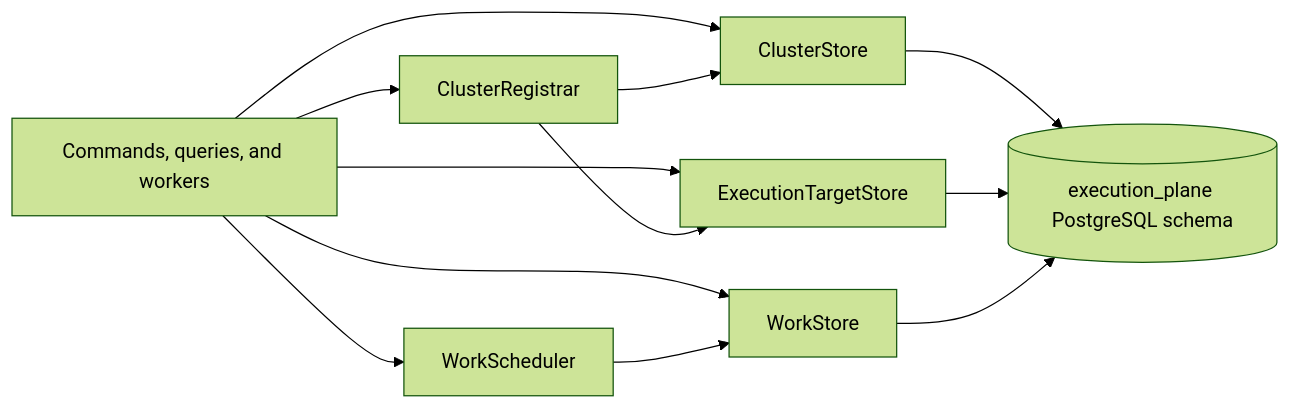
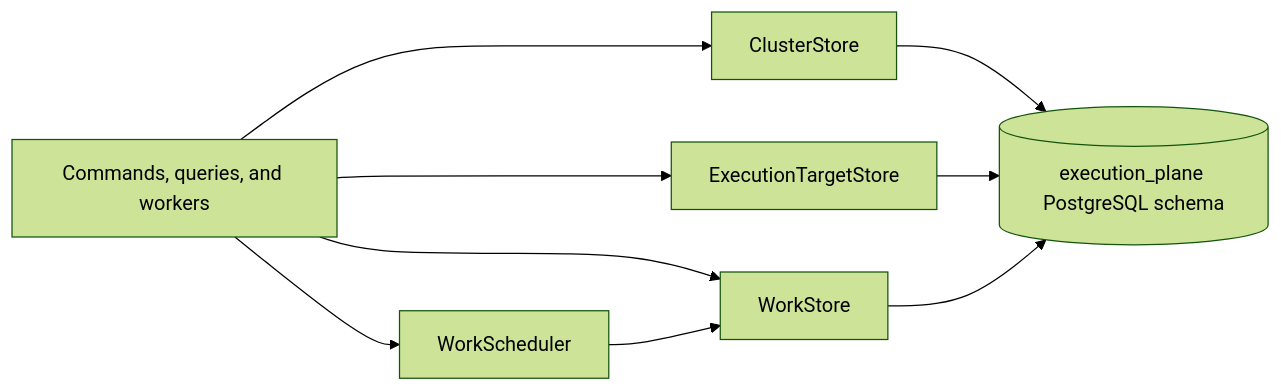
The fourth of 4 diagrams in docs/cluster-and-target-services.md (syntara-orchestration/syntara-execution-plane), drawn with Mermaid (forest theme) before and after one commit. The commit also changed other lines of this file and 31 other files, not shown here.

````diff
--- a/docs/cluster-and-target-services.md
+++ b/docs/cluster-and-target-services.md
@@ -415,22 +335,18 @@
 ```mermaid
 flowchart LR
     Caller[Commands, queries, and workers]
-    CR[ClusterRegistrar]
     SC[WorkScheduler]
     CS[ClusterStore]
     TS[ExecutionTargetStore]
     WS[WorkStore]
     DB[(execution_plane PostgreSQL schema)]
 
-    Caller --> CR
     Caller --> SC
     Caller --> CS
     Caller --> TS
     Caller --> WS
-    CR --> CS
-    CR --> TS
     SC --> WS
     CS --> DB
     TS --> DB
     WS --> DB
 ```
````
